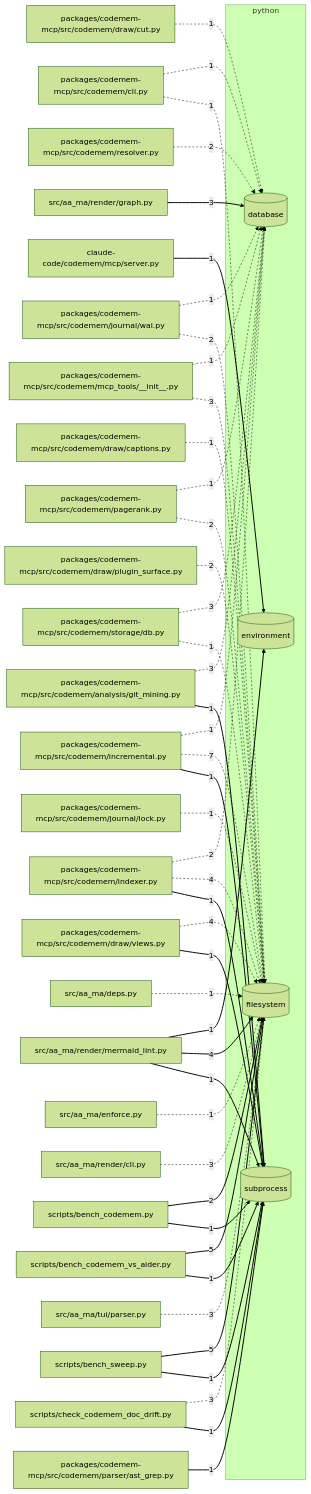
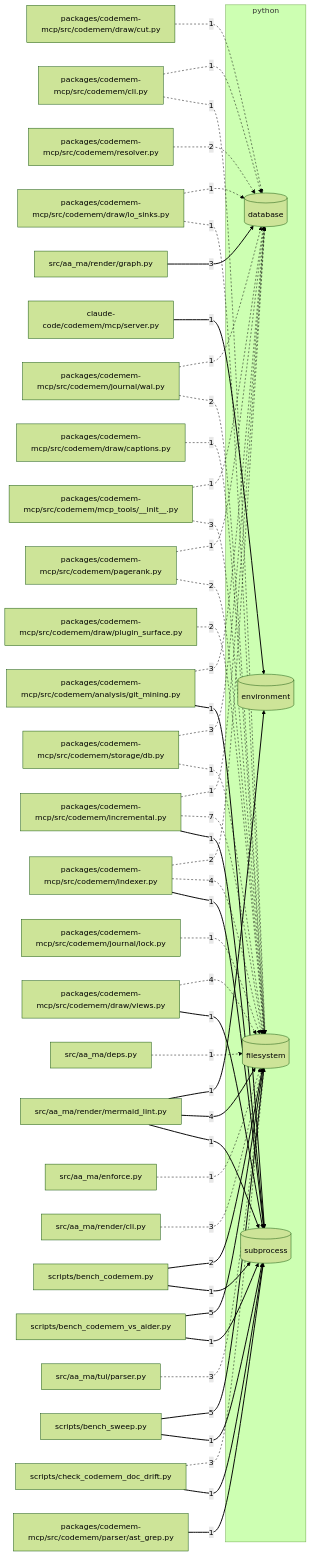
One commit to snewhouse/aa-ma-forge changed the diagram in docs/architecture/io.md. Above: the diagram before and after it, drawn with Mermaid (forest theme). The commit also changed other lines of this file and 6 other files, not shown here.

First line of the commit message:
fix(architecture): regenerate docs from the committed tree; regen refuses untracked sources (L-026)

````diff
--- a/docs/architecture/io.md
+++ b/docs/architecture/io.md
@@ -18,6 +18,7 @@
   n1qqv388["packages/codemem-mcp/src/codemem/cli.py"]
   n65kjls["packages/codemem-mcp/src/codemem/draw/captions.py"]
   nx760e7["packages/codemem-mcp/src/codemem/draw/cut.py"]
+  n1c2obja["packages/codemem-mcp/src/codemem/draw/io_sinks.py"]
   n1a46oz0["packages/codemem-mcp/src/codemem/draw/plugin_surface.py"]
   nlswb4j["packages/codemem-mcp/src/codemem/draw/views.py"]
   n1qndr8e["packages/codemem-mcp/src/codemem/incremental.py"]
@@ -46,44 +47,46 @@
   n1qqv388 e4@-->|"1"| io_python_fs
   n65kjls e5@-->|"1"| io_python_fs
   nx760e7 e6@-->|"1"| io_python_db
-  n1a46oz0 e7@-->|"2"| io_python_fs
-  nlswb4j e8@-->|"4"| io_python_fs
-  nlswb4j e9@-->|"1"| io_python_subprocess
-  n1qndr8e e10@-->|"1"| io_python_db
-  n1qndr8e e11@-->|"7"| io_python_fs
-  n1qndr8e e12@-->|"1"| io_python_subprocess
-  nn471i1 e13@-->|"2"| io_python_db
-  nn471i1 e14@-->|"4"| io_python_fs
-  nn471i1 e15@-->|"1"| io_python_subprocess
-  n44kqyb e16@-->|"1"| io_python_fs
-  n1eygstq e17@-->|"1"| io_python_db
-  n1eygstq e18@-->|"2"| io_python_fs
-  n12ip3u5 e19@-->|"1"| io_python_db
-  n12ip3u5 e20@-->|"3"| io_python_fs
-  ng0fem3 e21@-->|"1"| io_python_db
-  ng0fem3 e22@-->|"2"| io_python_fs
-  n15008dx e23@-->|"1"| io_python_subprocess
-  n7xp1xs e24@-->|"2"| io_python_db
-  ns1j8lg e25@-->|"3"| io_python_db
-  ns1j8lg e26@-->|"1"| io_python_fs
-  n1vgapiq e27@-->|"2"| io_python_fs
-  n1vgapiq e28@-->|"1"| io_python_subprocess
-  nh6b312 e29@-->|"5"| io_python_fs
-  nh6b312 e30@-->|"1"| io_python_subprocess
-  nc2fglq e31@-->|"5"| io_python_fs
-  nc2fglq e32@-->|"1"| io_python_subprocess
-  nvvfr9z e33@-->|"3"| io_python_fs
-  nvvfr9z e34@-->|"1"| io_python_subprocess
-  n1qtlbi7 e35@-->|"1"| io_python_fs
-  n1o3m0ll e36@-->|"1"| io_python_fs
-  nptipq4 e37@-->|"3"| io_python_fs
-  napjvke e38@-->|"3"| io_python_db
-  nacfyc9 e39@-->|"1"| io_python_env
-  nacfyc9 e40@-->|"4"| io_python_fs
-  nacfyc9 e41@-->|"1"| io_python_subprocess
-  n19z0p6l e42@-->|"3"| io_python_fs
+  n1c2obja e7@-->|"1"| io_python_db
+  n1c2obja e8@-->|"1"| io_python_fs
+  n1a46oz0 e9@-->|"2"| io_python_fs
+  nlswb4j e10@-->|"4"| io_python_fs
+  nlswb4j e11@-->|"1"| io_python_subprocess
+  n1qndr8e e12@-->|"1"| io_python_db
+  n1qndr8e e13@-->|"7"| io_python_fs
+  n1qndr8e e14@-->|"1"| io_python_subprocess
+  nn471i1 e15@-->|"2"| io_python_db
+  nn471i1 e16@-->|"4"| io_python_fs
+  nn471i1 e17@-->|"1"| io_python_subprocess
+  n44kqyb e18@-->|"1"| io_python_fs
+  n1eygstq e19@-->|"1"| io_python_db
+  n1eygstq e20@-->|"2"| io_python_fs
+  n12ip3u5 e21@-->|"1"| io_python_db
+  n12ip3u5 e22@-->|"3"| io_python_fs
+  ng0fem3 e23@-->|"1"| io_python_db
+  ng0fem3 e24@-->|"2"| io_python_fs
+  n15008dx e25@-->|"1"| io_python_subprocess
+  n7xp1xs e26@-->|"2"| io_python_db
+  ns1j8lg e27@-->|"3"| io_python_db
+  ns1j8lg e28@-->|"1"| io_python_fs
+  n1vgapiq e29@-->|"2"| io_python_fs
+  n1vgapiq e30@-->|"1"| io_python_subprocess
+  nh6b312 e31@-->|"5"| io_python_fs
+  nh6b312 e32@-->|"1"| io_python_subprocess
+  nc2fglq e33@-->|"5"| io_python_fs
+  nc2fglq e34@-->|"1"| io_python_subprocess
+  nvvfr9z e35@-->|"3"| io_python_fs
+  nvvfr9z e36@-->|"1"| io_python_subprocess
+  n1qtlbi7 e37@-->|"1"| io_python_fs
+  n1o3m0ll e38@-->|"1"| io_python_fs
+  nptipq4 e39@-->|"3"| io_python_fs
+  napjvke e40@-->|"3"| io_python_db
+  nacfyc9 e41@-->|"1"| io_python_env
+  nacfyc9 e42@-->|"4"| io_python_fs
+  nacfyc9 e43@-->|"1"| io_python_subprocess
+  n19z0p6l e44@-->|"3"| io_python_fs
   classDef qualified stroke-width:2px,stroke-dasharray:0
   classDef bare stroke-dasharray:4 4
-  class e0,e2,e9,e12,e15,e23,e27,e28,e29,e30,e31,e32,e34,e38,e39,e40,e41 qualified
-  class e1,e3,e4,e5,e6,e7,e8,e10,e11,e13,e14,e16,e17,e18,e19,e20,e21,e22,e24,e25,e26,e33,e35,e36,e37,e42 bare
+  class e0,e2,e11,e14,e17,e25,e29,e30,e31,e32,e33,e34,e36,e40,e41,e42,e43 qualified
+  class e1,e3,e4,e5,e6,e7,e8,e9,e10,e12,e13,e15,e16,e18,e19,e20,e21,e22,e23,e24,e26,e27,e28,e35,e37,e38,e39,e44 bare
 ```
````
